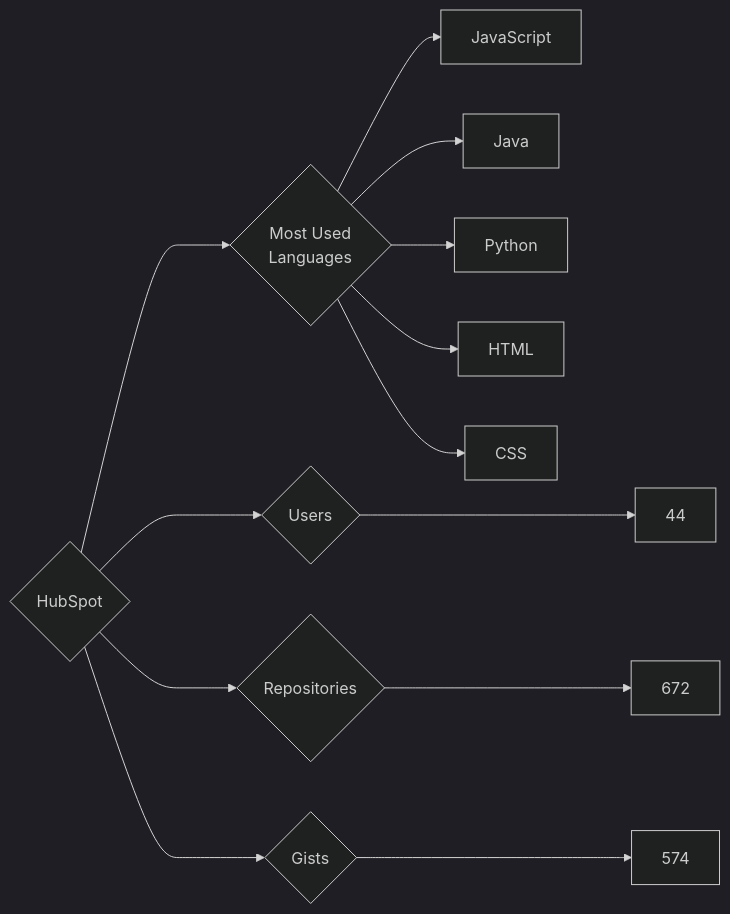
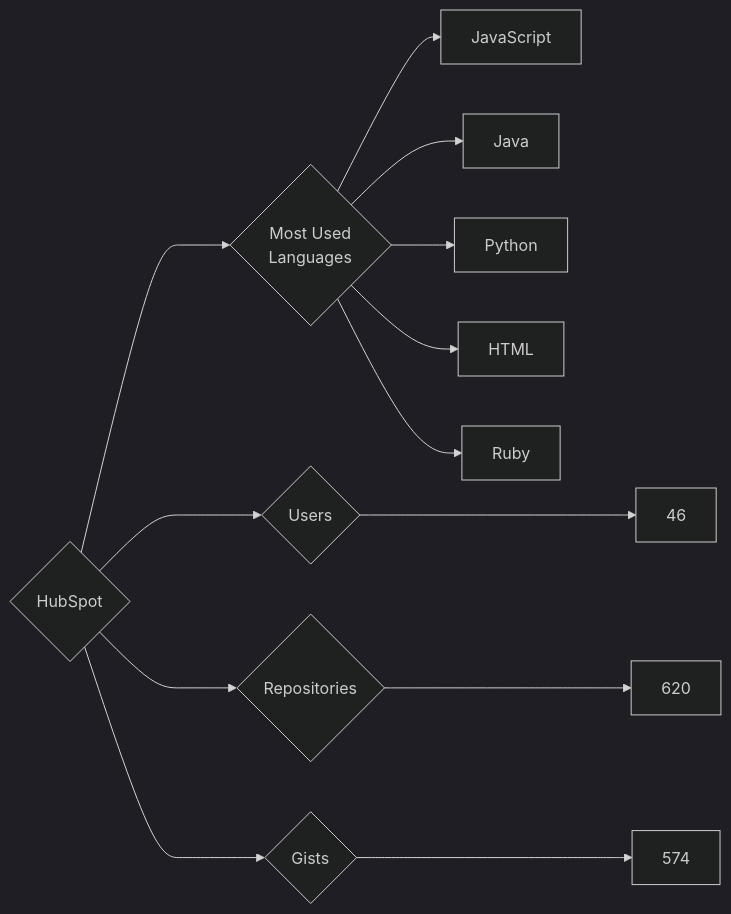
One commit to trickest/insiders changed the diagram in targets/HubSpot/README.md. Above: the diagram before and after it, drawn with Mermaid (dark theme). The commit also changed 874 other files, not shown here.

````diff
--- a/targets/HubSpot/README.md
+++ b/targets/HubSpot/README.md
@@ -3,13 +3,13 @@
 ```mermaid
 graph LR
 COMPANY_NAME{HubSpot}
-COMPANY_NAME ---> U{Users} ---> UN[44]
-COMPANY_NAME ---> R{Repositories} ---> RN[672]
+COMPANY_NAME ---> U{Users} ---> UN[46]
+COMPANY_NAME ---> R{Repositories} ---> RN[620]
 COMPANY_NAME ---> G{Gists} ---> GN[574]
 COMPANY_NAME ---> ML{Most Used<br>Languages}
 ML --> JavaScript[JavaScript]
 ML --> Java[Java]
 ML --> Python[Python]
 ML --> HTML[HTML]
-ML --> CSS[CSS]
+ML --> Ruby[Ruby]
 ```
````
